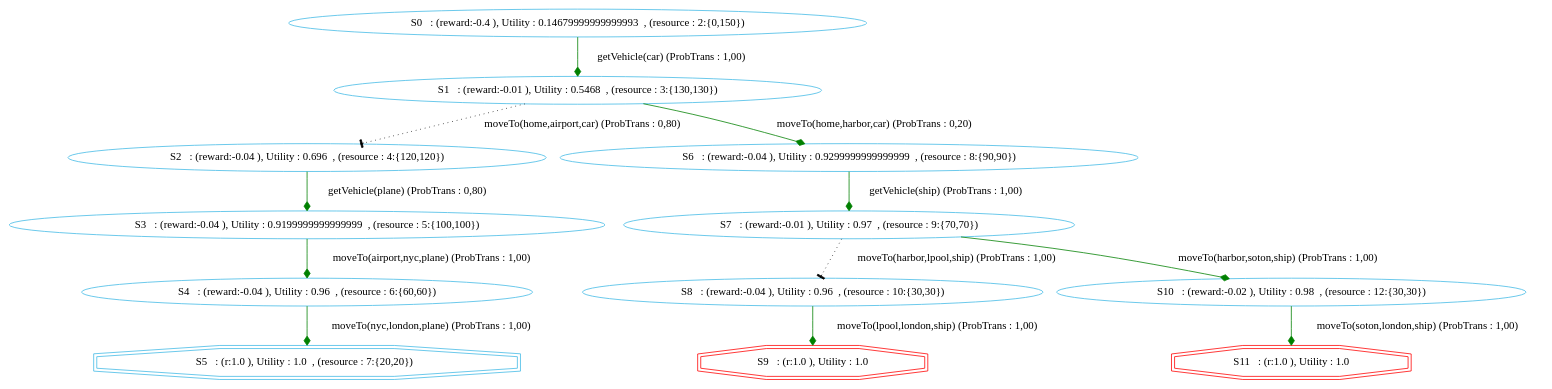
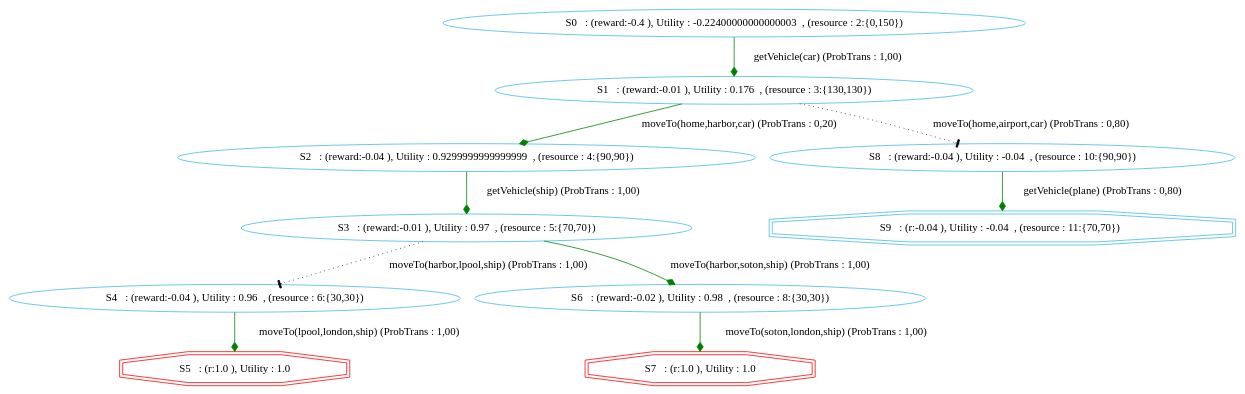
One commit to htiraHatem/CHIMP_MDP changed the diagram in chimp/src/main/java/examples/MDP/gotolondon/gotolondonGraphVICHIMP.dot. Above: the diagram before and after it, drawn with Graphviz. The commit also changed 3 other files, not shown here.

```diff
--- a/chimp/src/main/java/examples/MDP/gotolondon/gotolondonGraphVICHIMP.dot
+++ b/chimp/src/main/java/examples/MDP/gotolondon/gotolondonGraphVICHIMP.dot
@@ -1,18 +1,16 @@
 digraph {
   node [color="#40b9e5" ]
  size="60,17";
-"5" [label=" S5   : (r:1.0 ), Utility : 1.0  , (resource : 7:{20,20})  " shape=doubleoctagon];
-"9" [label=" S9   : (r:1.0 ), Utility : 1.0 " color = red ,  shape=doubleoctagon]
-"11" [label=" S11   : (r:1.0 ), Utility : 1.0 " color = red ,  shape=doubleoctagon]
-"0" [label=" S0   : (reward:-0.4 ), Utility : 0.14679999999999993  , (resource : 2:{0,150}) "]"1" [label=" S1   : (reward:-0.01 ), Utility : 0.5468  , (resource : 3:{130,130}) "]"2" [label=" S2   : (reward:-0.04 ), Utility : 0.696  , (resource : 4:{120,120}) "]"3" [label=" S3   : (reward:-0.04 ), Utility : 0.9199999999999999  , (resource : 5:{100,100}) "]"4" [label=" S4   : (reward:-0.04 ), Utility : 0.96  , (resource : 6:{60,60}) "]"6" [label=" S6   : (reward:-0.04 ), Utility : 0.9299999999999999  , (resource : 8:{90,90}) "]"7" [label=" S7   : (reward:-0.01 ), Utility : 0.97  , (resource : 9:{70,70}) "]"8" [label=" S8   : (reward:-0.04 ), Utility : 0.96  , (resource : 10:{30,30}) "]"10" [label=" S10   : (reward:-0.02 ), Utility : 0.98  , (resource : 12:{30,30}) "]"0" -> "1" [ label="getVehicle(car) (ProbTrans : 1,00)"
-, arrowhead = diamond , color=green];"1" -> "2" [ label="moveTo(home,airport,car) (ProbTrans : 0,80)"
-,style=dotted, arrowhead=tee];"1" -> "6" [ label="moveTo(home,harbor,car) (ProbTrans : 0,20)"
-, arrowhead = diamond , color=green];"2" -> "3" [ label="getVehicle(plane) (ProbTrans : 0,80)"
-, arrowhead = diamond , color=green];"3" -> "4" [ label="moveTo(airport,nyc,plane) (ProbTrans : 1,00)"
-, arrowhead = diamond , color=green];"4" -> "5" [ label="moveTo(nyc,london,plane) (ProbTrans : 1,00)"
-, arrowhead = diamond , color=green];"6" -> "7" [ label="getVehicle(ship) (ProbTrans : 1,00)"
-, arrowhead = diamond , color=green];"7" -> "8" [ label="moveTo(harbor,lpool,ship) (ProbTrans : 1,00)"
-,style=dotted, arrowhead=tee];"7" -> "10" [ label="moveTo(harbor,soton,ship) (ProbTrans : 1,00)"
-, arrowhead = diamond , color=green];"8" -> "9" [ label="moveTo(lpool,london,ship) (ProbTrans : 1,00)"
-, arrowhead = diamond , color=green];"10" -> "11" [ label="moveTo(soton,london,ship) (ProbTrans : 1,00)"
+"5" [label=" S5   : (r:1.0 ), Utility : 1.0 " color = red ,  shape=doubleoctagon]
+"7" [label=" S7   : (r:1.0 ), Utility : 1.0 " color = red ,  shape=doubleoctagon]
+"9" [label=" S9   : (r:-0.04 ), Utility : -0.04  , (resource : 11:{70,70})  " shape=doubleoctagon];
+"0" [label=" S0   : (reward:-0.4 ), Utility : -0.22400000000000003  , (resource : 2:{0,150}) "]"1" [label=" S1   : (reward:-0.01 ), Utility : 0.176  , (resource : 3:{130,130}) "]"2" [label=" S2   : (reward:-0.04 ), Utility : 0.9299999999999999  , (resource : 4:{90,90}) "]"3" [label=" S3   : (reward:-0.01 ), Utility : 0.97  , (resource : 5:{70,70}) "]"4" [label=" S4   : (reward:-0.04 ), Utility : 0.96  , (resource : 6:{30,30}) "]"6" [label=" S6   : (reward:-0.02 ), Utility : 0.98  , (resource : 8:{30,30}) "]"8" [label=" S8   : (reward:-0.04 ), Utility : -0.04  , (resource : 10:{90,90}) "]"0" -> "1" [ label="getVehicle(car) (ProbTrans : 1,00)"
+, arrowhead = diamond , color=green];"1" -> "2" [ label="moveTo(home,harbor,car) (ProbTrans : 0,20)"
+, arrowhead = diamond , color=green];"1" -> "8" [ label="moveTo(home,airport,car) (ProbTrans : 0,80)"
+,style=dotted, arrowhead=tee];"2" -> "3" [ label="getVehicle(ship) (ProbTrans : 1,00)"
+, arrowhead = diamond , color=green];"3" -> "4" [ label="moveTo(harbor,lpool,ship) (ProbTrans : 1,00)"
+,style=dotted, arrowhead=tee];"3" -> "6" [ label="moveTo(harbor,soton,ship) (ProbTrans : 1,00)"
+, arrowhead = diamond , color=green];"4" -> "5" [ label="moveTo(lpool,london,ship) (ProbTrans : 1,00)"
+, arrowhead = diamond , color=green];"6" -> "7" [ label="moveTo(soton,london,ship) (ProbTrans : 1,00)"
+, arrowhead = diamond , color=green];"8" -> "9" [ label="getVehicle(plane) (ProbTrans : 0,80)"
 , arrowhead = diamond , color=green];}
```
